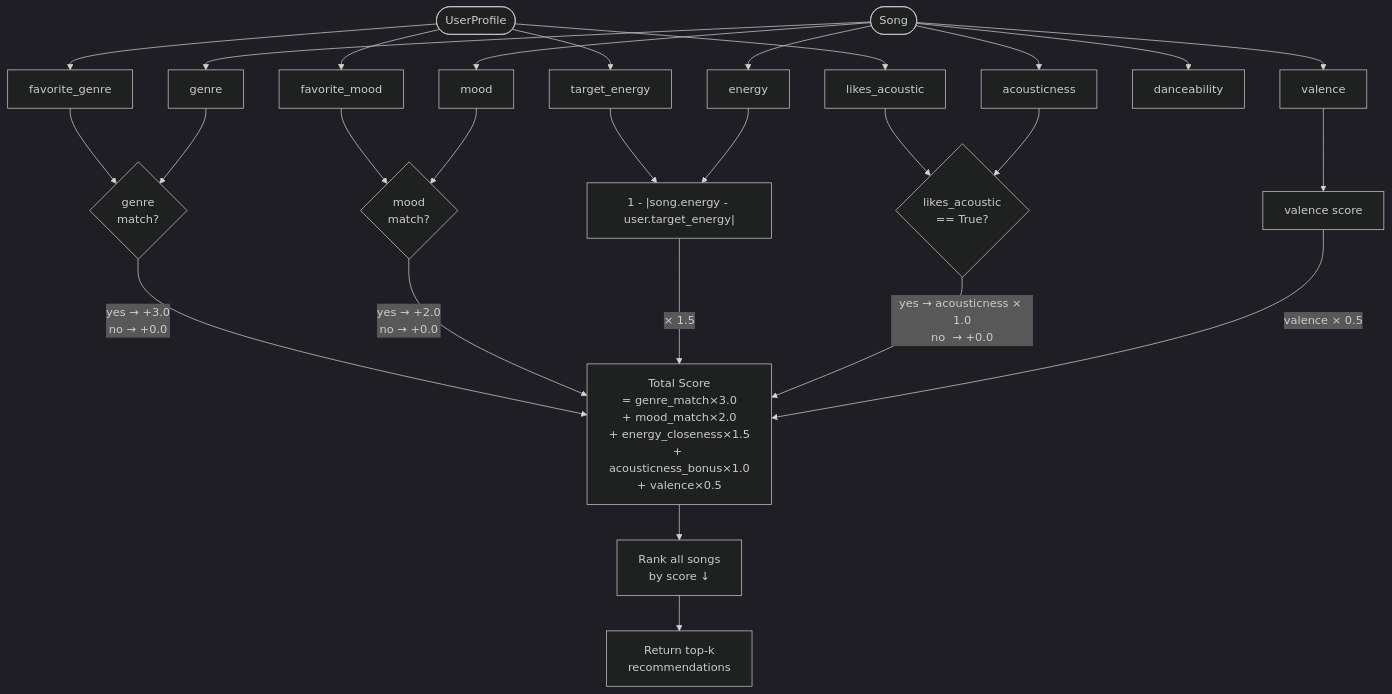
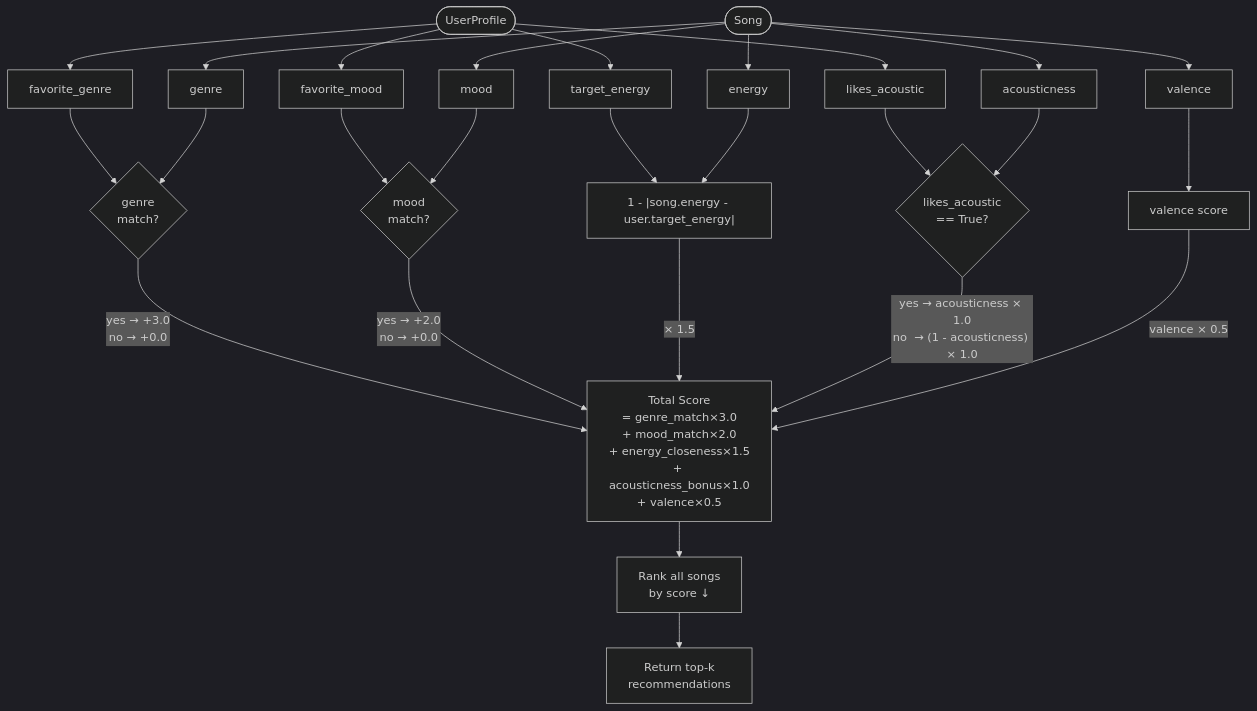
The diagram in docs/scoring_logic.mmd (jelo-ca/ai110-project3-musicrecommendersimulation), drawn with Mermaid (dark theme) before and after one commit. The commit also changed 3 other files, not shown here.

```diff
--- a/docs/scoring_logic.mmd
+++ b/docs/scoring_logic.mmd
@@ -1,32 +1,31 @@
 flowchart TD
     U([UserProfile])
     S([Song])
 
     U --> UG[favorite_genre]
     U --> UM[favorite_mood]
     U --> UE[target_energy]
     U --> UA[likes_acoustic]
 
     S --> SG[genre]
     S --> SM[mood]
     S --> SE[energy]
     S --> SV[valence]
-    S --> SD[danceability]
     S --> SAC[acousticness]
 
     UG & SG --> GM{"genre\nmatch?"}
     UM & SM --> MM{"mood\nmatch?"}
     UE & SE --> ED["1 - |song.energy - user.target_energy|"]
     UA & SAC --> AB{"likes_acoustic\n== True?"}
     SV --> VB["valence score"]
 
     GM -->|"yes → +3.0\nno  → +0.0"| SCORE
     MM -->|"yes → +2.0\nno  → +0.0"| SCORE
     ED -->|"× 1.5"| SCORE
-    AB -->|"yes → acousticness × 1.0\nno  → +0.0"| SCORE
+    AB -->|"yes → acousticness × 1.0\nno  → (1 - acousticness) × 1.0"| SCORE
     VB -->|"valence × 0.5"| SCORE
 
     SCORE["Total Score\n= genre_match×3.0\n+ mood_match×2.0\n+ energy_closeness×1.5\n+ acousticness_bonus×1.0\n+ valence×0.5"]
 
     SCORE --> RANK["Rank all songs\nby score ↓"]
     RANK --> OUT["Return top-k\nrecommendations"]
```
